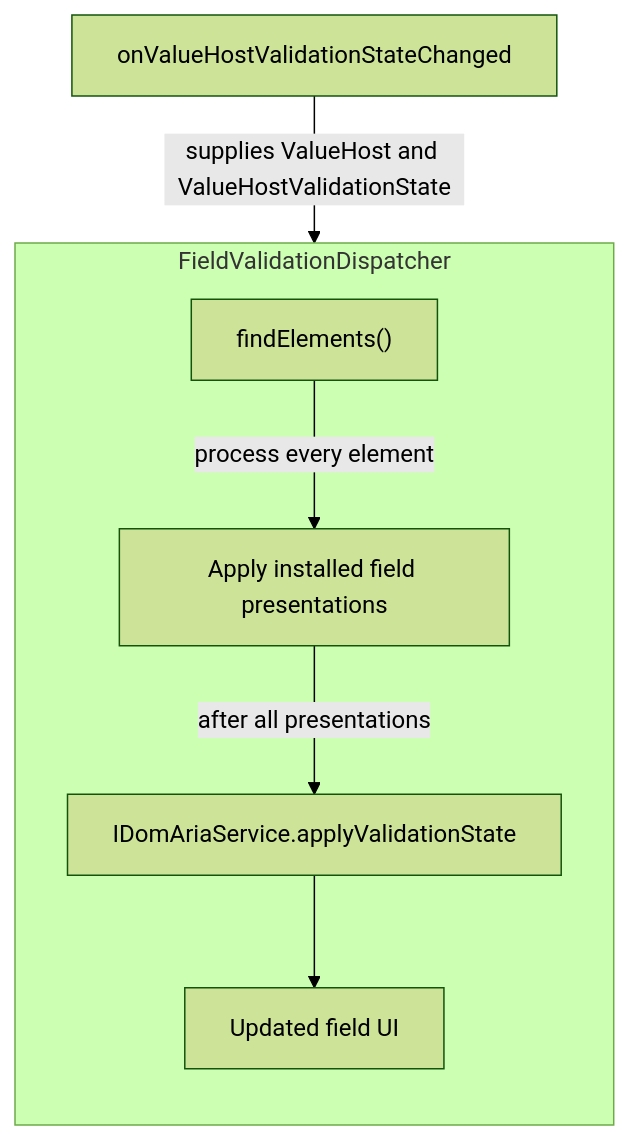
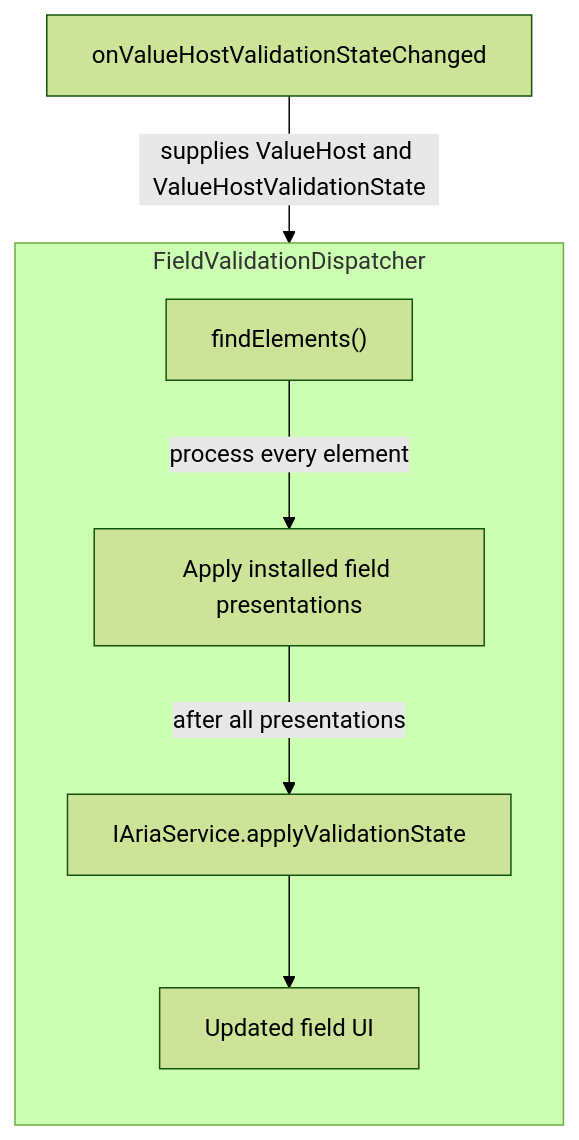
The fifth of 13 diagrams in planning/Jivs-DOM_Implementation_Design.md (plblum/jivs), drawn with Mermaid (forest theme) before and after one commit. The commit also changed other lines of this file and 31 other files, not shown here.

````diff
--- a/planning/Jivs-DOM_Implementation_Design.md
+++ b/planning/Jivs-DOM_Implementation_Design.md
@@ -185,21 +185,21 @@
 ```mermaid
 flowchart TB
     CALLBACK["onValueHostValidationStateChanged"]
 
     subgraph DISPATCHER["FieldValidationDispatcher"]
         direction TB
 
         FIND["findElements()"]
         APPLY["Apply installed field presentations"]
-        ARIA["IDomAriaService.applyValidationState"]
+        ARIA["IAriaService.applyValidationState"]
         FIELD_UI["Updated field UI"]
 
         FIND -->|"process every element"| APPLY
         APPLY -->|"after all presentations"| ARIA
         ARIA --> FIELD_UI
     end
 
 
     CALLBACK -->|"supplies ValueHost and ValueHostValidationState"| DISPATCHER
 
 ```
````
